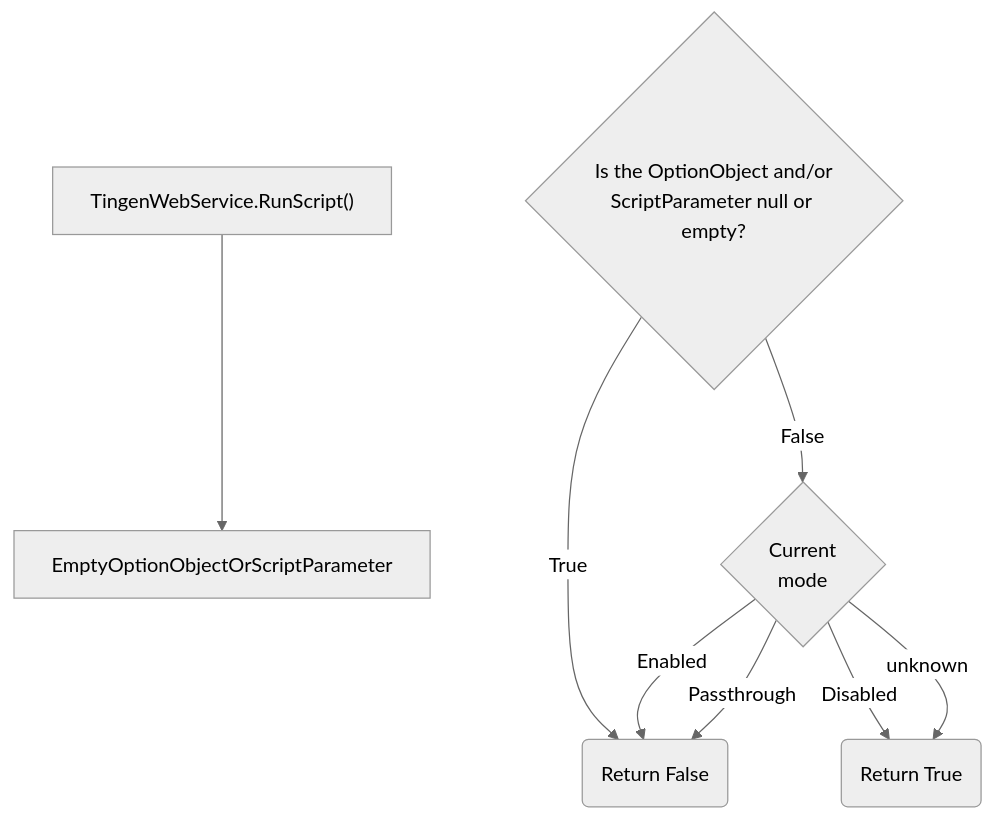
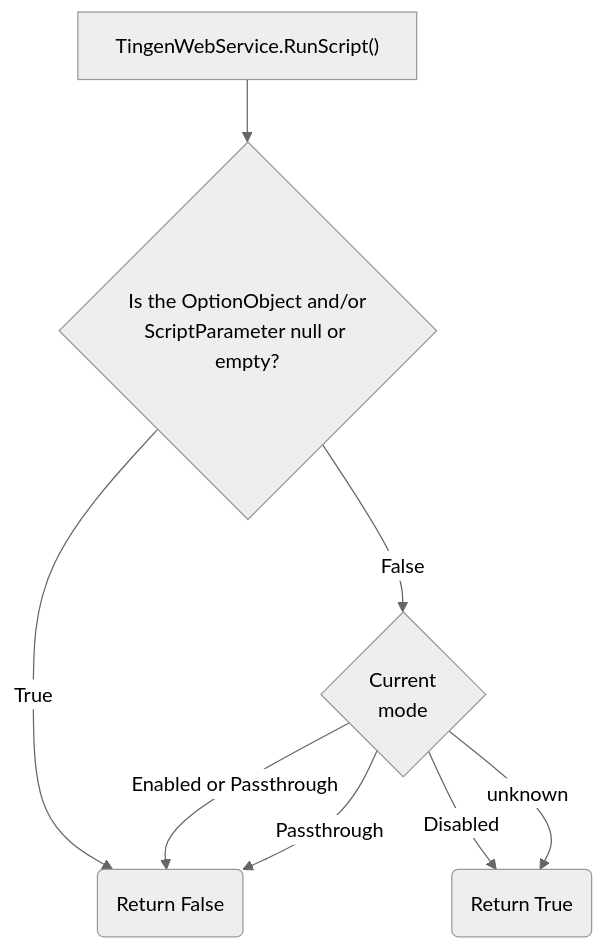
The first of 2 diagrams in static/workflow/tngnwsvc-asmx.md (spectrum-health-systems/tingen-documentation), drawn with Mermaid (neutral theme) before and after one commit.

````diff
--- a/static/workflow/tngnwsvc-asmx.md
+++ b/static/workflow/tngnwsvc-asmx.md
@@ -5,18 +5,18 @@
 ```mermaid
 flowchart TB
     %% Components
     RunScript@{shape: rect, label: "TingenWebService.RunScript()"}
     MissingData@{shape: diam, label: "Is the OptionObject and/or\nScriptParameter null or empty?"}
     CurrentMode@{shape: diam, label: "Current\nmode"}
     ReturnTrue@{shape: rounded, label: "Return True"}
     ReturnFalse@{shape: rounded, label: "Return False"}
     %% Layout
-    RunScript --> EmptyOptionObjectOrScriptParameter
+    RunScript --> MissingData
     MissingData --True--> ReturnFalse
     MissingData --False--> CurrentMode
-    CurrentMode --Enabled--> ReturnFalse
+    CurrentMode --Enabled or Passthrough--> ReturnFalse
     CurrentMode --Passthrough--> ReturnFalse
     CurrentMode --Disabled--> ReturnTrue
     CurrentMode --unknown--> ReturnTrue
     %% Styles
 ```
````
